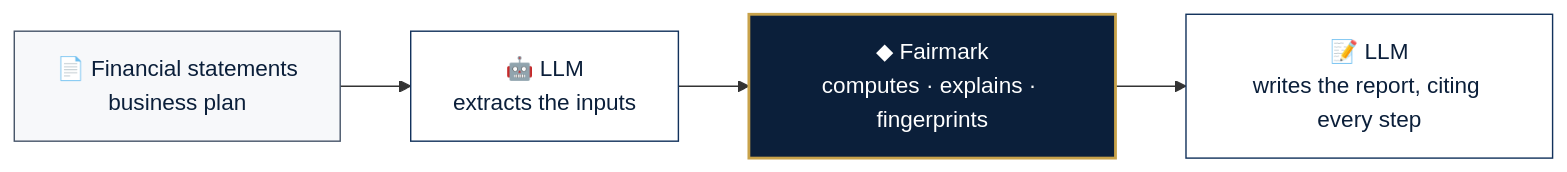
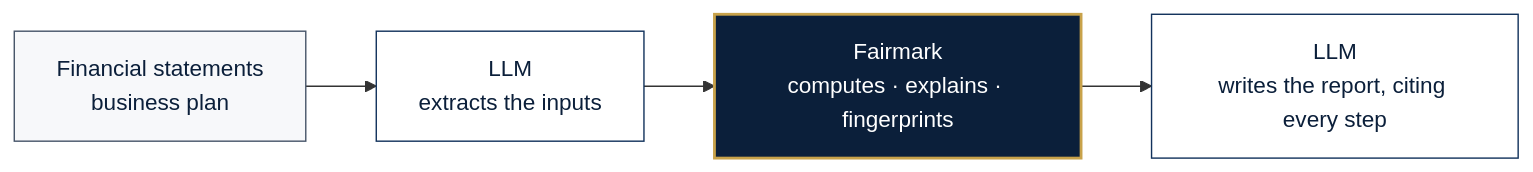
One commit to salvo8519/fairmark changed the first of 2 diagrams in README.md. Above: the diagram before and after it, drawn with Mermaid. The commit also changed other lines of this file and 50 other files, not shown here.

````diff
--- a/README.md
+++ b/README.md
@@ -47,9 +47,9 @@
 ```mermaid
 flowchart LR
-    D["📄 Financial statements<br/>business plan"]:::input --> L["🤖 LLM<br/>extracts the inputs"]:::llm
-    L --> F["◆ Fairmark<br/>computes · explains · fingerprints"]:::engine
-    F --> R["📝 LLM<br/>writes the report, citing every step"]:::llm
+    D["Financial statements<br/>business plan"]:::input --> L["LLM<br/>extracts the inputs"]:::llm
+    L --> F["Fairmark<br/>computes · explains · fingerprints"]:::engine
+    F --> R["LLM<br/>writes the report, citing every step"]:::llm
     classDef input fill:#F7F8FA,stroke:#475569,color:#0B1F3A
     classDef llm fill:#FFFFFF,stroke:#12325C,color:#0B1F3A
     classDef engine fill:#0B1F3A,stroke:#C8A24A,stroke-width:2px,color:#FFFFFF
 ```
````
